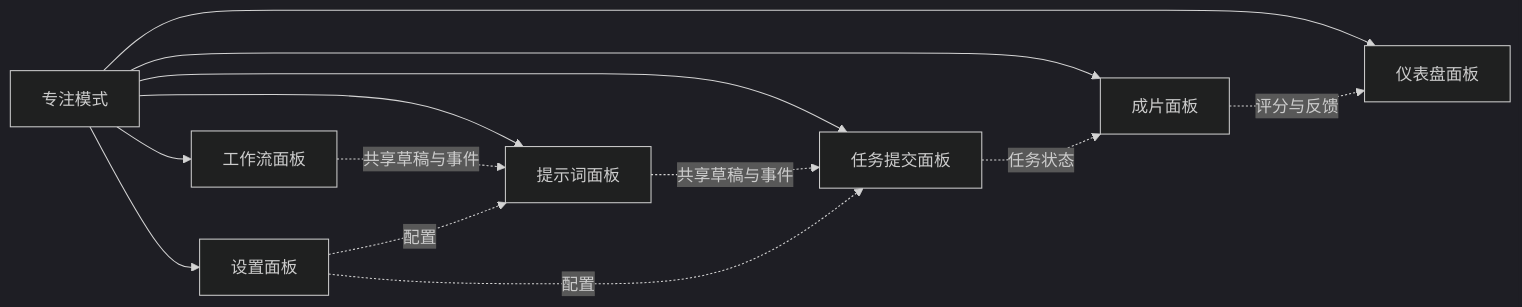
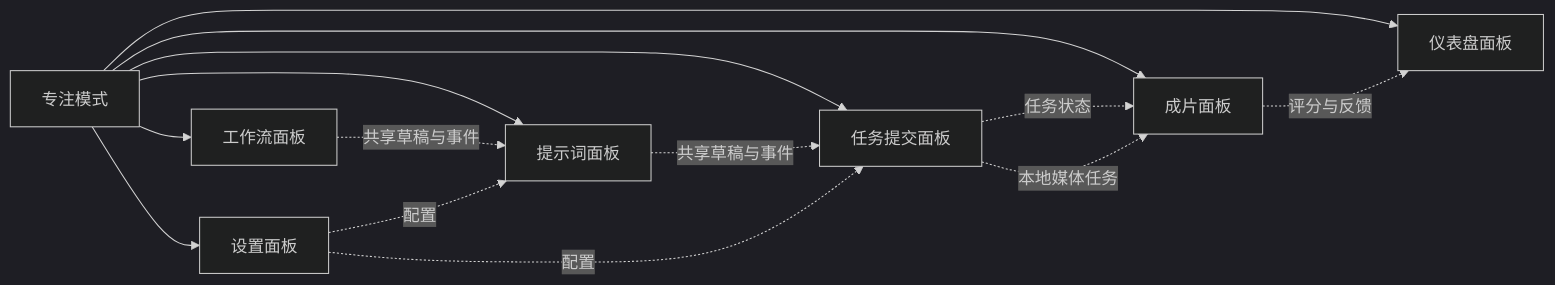
Before and after one commit to LLsetnow/RH_CLI: diagram 14 of 14 in web/README.md, drawn with Mermaid (dark theme). The commit also changed other lines of this file and 40 other files, not shown here.

````diff
--- a/web/README.md
+++ b/web/README.md
@@ -412,15 +478,16 @@
 ```mermaid
 flowchart LR
     F["专注模式"] --> W["工作流面板"]
     F --> P["提示词面板"]
     F --> T["任务提交面板"]
     F --> O["成片面板"]
     F --> D["仪表盘面板"]
     F --> S["设置面板"]
     W -.共享草稿与事件.-> P
     P -.共享草稿与事件.-> T
     T -.任务状态.-> O
     O -.评分与反馈.-> D
+    T -.本地媒体任务.-> O
     S -.配置.-> T
     S -.配置.-> P
 ```
````
